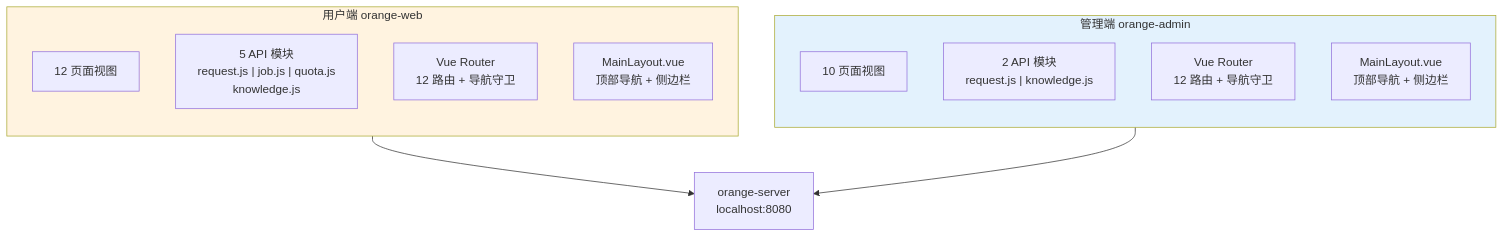
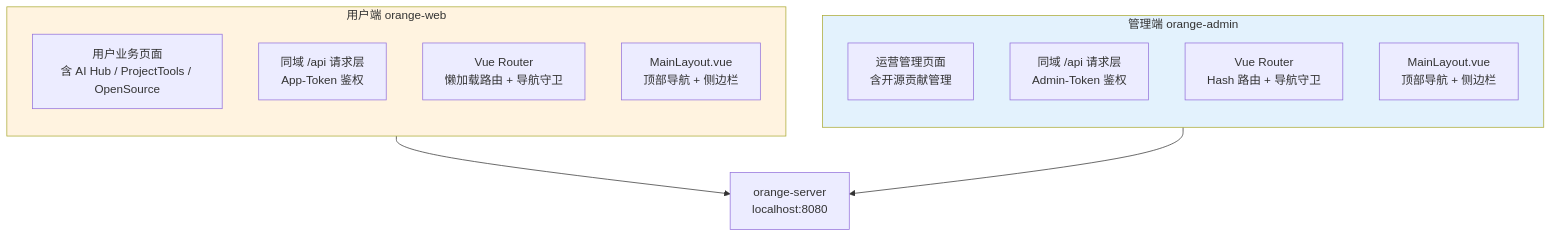
One commit to Orange-ui0811/BigOrange changed the fourth of 10 diagrams in docs/OrangeJD系统架构设计说明书.md. Above: the diagram before and after it, drawn with Mermaid. The commit also changed other lines of this file and 29 other files, not shown here.

Commit message:
feat: add open source contribution workflow

````diff
--- a/docs/OrangeJD系统架构设计说明书.md
+++ b/docs/OrangeJD系统架构设计说明书.md
@@ -355,24 +371,24 @@
 ```mermaid
 graph TB
     subgraph UserPortal["用户端 orange-web"]
         direction TB
-        Views1["12 页面视图"]
-        API1["5 API 模块<br/>request.js | job.js | quota.js<br/>knowledge.js"]
-        Router1["Vue Router<br/>12 路由 + 导航守卫"]
+        Views1["用户业务页面<br/>含 AI Hub / ProjectTools / OpenSource"]
+        API1["同域 /api 请求层<br/>App-Token 鉴权"]
+        Router1["Vue Router<br/>懒加载路由 + 导航守卫"]
         Layout1["MainLayout.vue<br/>顶部导航 + 侧边栏"]
     end
 
     subgraph AdminPortal["管理端 orange-admin"]
         direction TB
-        Views2["10 页面视图"]
-        API2["2 API 模块<br/>request.js | knowledge.js"]
-        Router2["Vue Router<br/>12 路由 + 导航守卫"]
+        Views2["运营管理页面<br/>含开源贡献管理"]
+        API2["同域 /api 请求层<br/>Admin-Token 鉴权"]
+        Router2["Vue Router<br/>Hash 路由 + 导航守卫"]
         Layout2["MainLayout.vue<br/>顶部导航 + 侧边栏"]
     end
 
     UserPortal --> Backend["orange-server<br/>localhost:8080"]
     AdminPortal --> Backend
 
     style UserPortal fill:#fff3e0,color:#333
     style AdminPortal fill:#e3f2fd,color:#333
 ```
````
